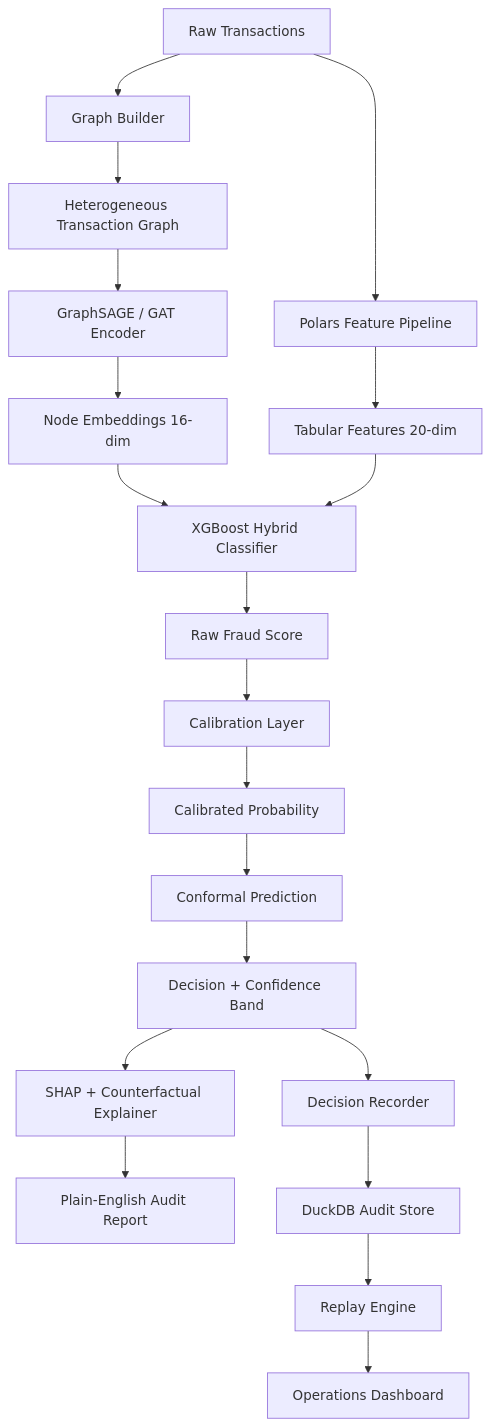
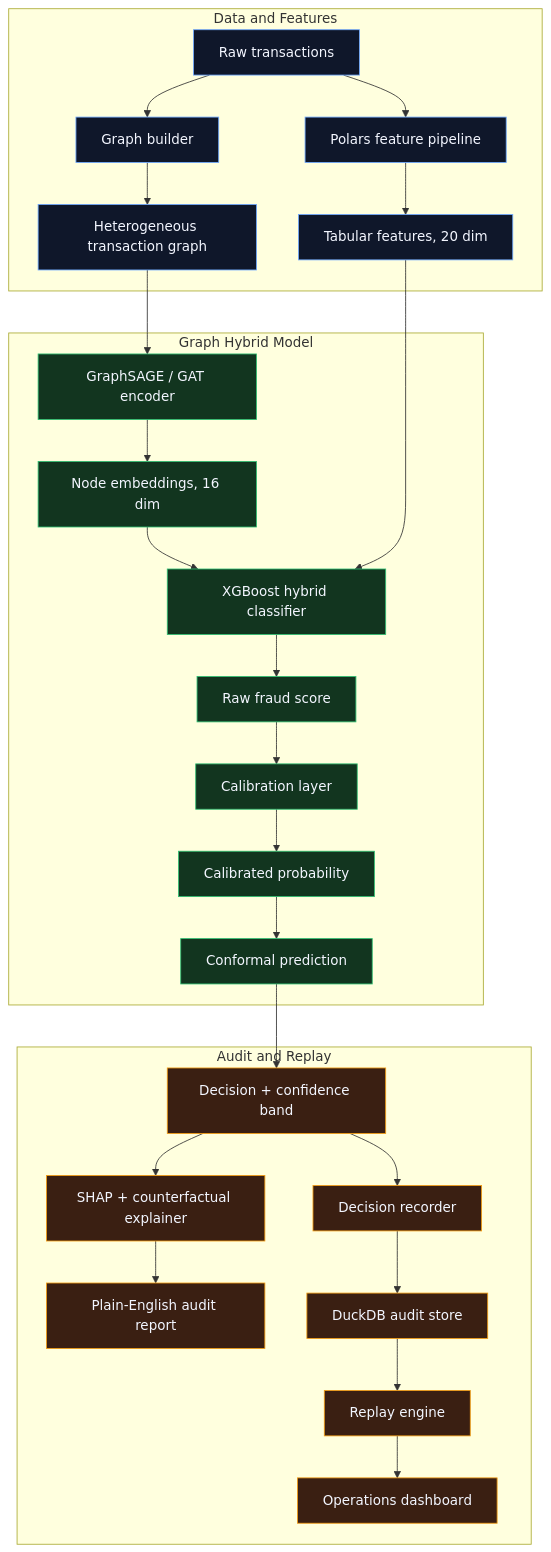
Before and after one commit to AngelP17/Rift: the first of 2 diagrams in docs/architecture.md, drawn with Mermaid. The commit also changed other lines of this file and 8 other files, not shown here.

````diff
--- a/docs/architecture.md
+++ b/docs/architecture.md
@@ -17,22 +17,37 @@
 ```mermaid
 flowchart TD
-    A[Raw Transactions] --> B[Polars Feature Pipeline]
-    A --> C[Graph Builder]
-    C --> D[Heterogeneous Transaction Graph]
-    D --> E[GraphSAGE / GAT Encoder]
-    E --> F[Node Embeddings 16-dim]
-    B --> G[Tabular Features 20-dim]
-    F --> H[XGBoost Hybrid Classifier]
-    G --> H
-    H --> I[Raw Fraud Score]
-    I --> J[Calibration Layer]
-    J --> K[Calibrated Probability]
-    K --> L[Conformal Prediction]
-    L --> M[Decision + Confidence Band]
-    M --> N[SHAP + Counterfactual Explainer]
-    N --> O[Plain-English Audit Report]
-    M --> P[Decision Recorder]
-    P --> Q[DuckDB Audit Store]
-    Q --> R[Replay Engine]
-    R --> S[Operations Dashboard]
+    subgraph data ["Data and Features"]
+        A["Raw transactions"] --> B["Polars feature pipeline"]
+        A --> C["Graph builder"]
+        B --> G["Tabular features, 20 dim"]
+        C --> D["Heterogeneous transaction graph"]
+    end
+
+    subgraph model ["Graph Hybrid Model"]
+        D --> E["GraphSAGE / GAT encoder"]
+        E --> F["Node embeddings, 16 dim"]
+        F --> H["XGBoost hybrid classifier"]
+        G --> H
+        H --> I["Raw fraud score"]
+        I --> J["Calibration layer"]
+        J --> K["Calibrated probability"]
+        K --> L["Conformal prediction"]
+    end
+
+    subgraph audit ["Audit and Replay"]
+        L --> M["Decision + confidence band"]
+        M --> N["SHAP + counterfactual explainer"]
+        N --> O["Plain-English audit report"]
+        M --> P["Decision recorder"]
+        P --> Q["DuckDB audit store"]
+        Q --> R["Replay engine"]
+        R --> S["Operations dashboard"]
+    end
+
+    classDef data fill:#0f172a,stroke:#6ea8fe,color:#f3f6ff
+    classDef model fill:#12351f,stroke:#2fbf71,color:#f3f6ff
+    classDef audit fill:#3a1f12,stroke:#f39c12,color:#f3f6ff
+    class A,B,C,D,G data
+    class E,F,H,I,J,K,L model
+    class M,N,O,P,Q,R,S audit
 ```
````
